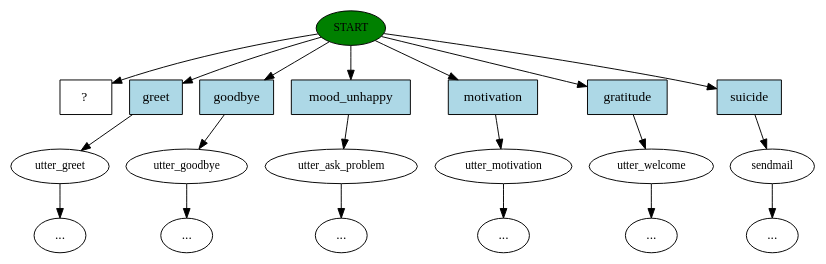
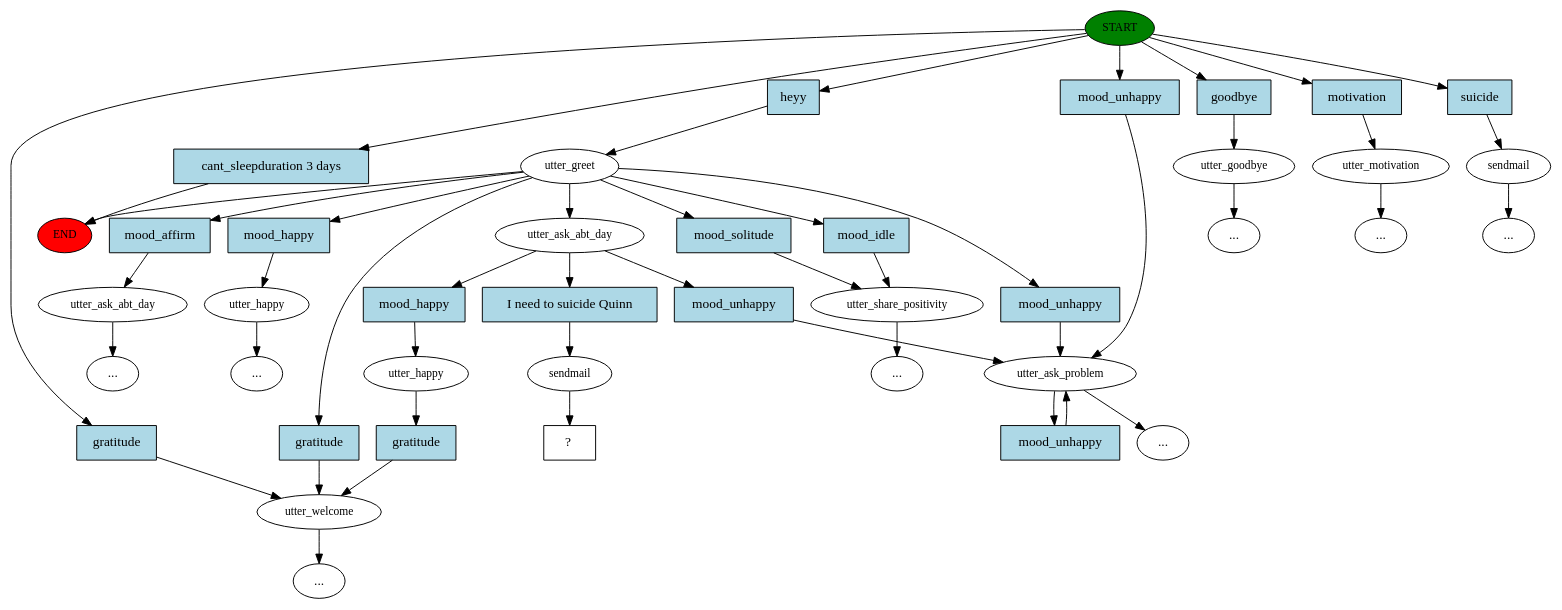
Before and after one commit to SandraAnildas/Quinn_Main_Project_2019: the diagram in story_graph.dot, drawn with Graphviz. The commit also changed 10 other files, not shown here.

```diff
--- a/story_graph.dot
+++ b/story_graph.dot
@@ -1,41 +1,90 @@
 digraph  {
 0 [class="start active", fillcolor=green, fontsize=12, label=START, style=filled];
-1 [class="", fontsize=12, label=utter_greet];
+"-1" [class=end, fillcolor=red, fontsize=12, label=END, style=filled];
+1 [class=active, fontsize=12, label=utter_greet];
 2 [class="", fontsize=12, label=utter_goodbye];
-"-4" [class=ellipsis, label="..."];
+"-3" [class=ellipsis, label="..."];
 3 [class="", fontsize=12, label=utter_ask_problem];
+4 [class="", fontsize=12, label=utter_motivation];
 "-5" [class=ellipsis, label="..."];
-4 [class="", fontsize=12, label=utter_motivation];
-"-6" [class=ellipsis, label="..."];
 5 [class="", fontsize=12, label=utter_welcome];
+6 [class="", fontsize=12, label=sendmail];
 "-7" [class=ellipsis, label="..."];
-6 [class="", fontsize=12, label=sendmail];
+8 [class="", fontsize=12, label=utter_ask_abt_day];
 "-8" [class=ellipsis, label="..."];
+10 [class="", fontsize=12, label=utter_share_positivity];
+14 [class="", fontsize=12, label=utter_happy];
+"-11" [class=ellipsis, label="..."];
+18 [class=active, fontsize=12, label=utter_ask_abt_day];
+19 [class="", fontsize=12, label=utter_happy];
+"-13" [class=ellipsis, label="..."];
+"-14" [class=ellipsis, label="..."];
 "-16" [class=ellipsis, label="..."];
-15 [class="intent dashed active", label="  ?  ", shape=rect];
-16 [class=intent, fillcolor=lightblue, label=greet, shape=rect, style=filled];
-17 [class=intent, fillcolor=lightblue, label=goodbye, shape=rect, style=filled];
-18 [class=intent, fillcolor=lightblue, label=mood_unhappy, shape=rect, style=filled];
-19 [class=intent, fillcolor=lightblue, label=motivation, shape=rect, style=filled];
-20 [class=intent, fillcolor=lightblue, label=gratitude, shape=rect, style=filled];
-21 [class=intent, fillcolor=lightblue, label=suicide, shape=rect, style=filled];
-0 -> 15  [class=active, key=NONE, label=""];
-0 -> 16  [class="", key=0];
-0 -> 17  [class="", key=0];
-0 -> 18  [class="", key=0];
-0 -> 19  [class="", key=0];
-0 -> 20  [class="", key=0];
-0 -> 21  [class="", key=0];
-1 -> "-16"  [class="", key=NONE, label=""];
-2 -> "-4"  [class="", key=NONE, label=""];
-3 -> "-5"  [class="", key=NONE, label=""];
-4 -> "-6"  [class="", key=NONE, label=""];
-5 -> "-7"  [class="", key=NONE, label=""];
-6 -> "-8"  [class="", key=NONE, label=""];
-16 -> 1  [class="", key=0];
-17 -> 2  [class="", key=0];
-18 -> 3  [class="", key=0];
-19 -> 4  [class="", key=0];
-20 -> 5  [class="", key=0];
-21 -> 6  [class="", key=0];
+31 [class=active, fontsize=12, label=sendmail];
+32 [class="intent dashed active", label="  ?  ", shape=rect];
+33 [class="intent active", fillcolor=lightblue, label=heyy, shape=rect, style=filled];
+34 [class=intent, fillcolor=lightblue, label=goodbye, shape=rect, style=filled];
+35 [class=intent, fillcolor=lightblue, label=mood_unhappy, shape=rect, style=filled];
+36 [class=intent, fillcolor=lightblue, label=motivation, shape=rect, style=filled];
+37 [class=intent, fillcolor=lightblue, label=gratitude, shape=rect, style=filled];
+38 [class=intent, fillcolor=lightblue, label=suicide, shape=rect, style=filled];
+39 [class=intent, fillcolor=lightblue, label="cant_sleepduration 3 days", shape=rect, style=filled];
+40 [class=intent, fillcolor=lightblue, label=mood_affirm, shape=rect, style=filled];
+41 [class=intent, fillcolor=lightblue, label=mood_solitude, shape=rect, style=filled];
+42 [class=intent, fillcolor=lightblue, label=mood_idle, shape=rect, style=filled];
+43 [class=intent, fillcolor=lightblue, label=mood_happy, shape=rect, style=filled];
+44 [class=intent, fillcolor=lightblue, label=mood_unhappy, shape=rect, style=filled];
+45 [class=intent, fillcolor=lightblue, label=gratitude, shape=rect, style=filled];
+46 [class=intent, fillcolor=lightblue, label=mood_unhappy, shape=rect, style=filled];
+47 [class=intent, fillcolor=lightblue, label=mood_happy, shape=rect, style=filled];
+48 [class="intent active", fillcolor=lightblue, label="I need to suicide Quinn", shape=rect, style=filled];
+49 [class=intent, fillcolor=lightblue, label=mood_unhappy, shape=rect, style=filled];
+50 [class=intent, fillcolor=lightblue, label=gratitude, shape=rect, style=filled];
+0 -> 33  [class=active, key=0];
+0 -> 34  [class="", key=0];
+0 -> 35  [class="", key=0];
+0 -> 36  [class="", key=0];
+0 -> 37  [class="", key=0];
+0 -> 38  [class="", key=0];
+0 -> 39  [class="", key=0];
+1 -> "-1"  [class="", key=NONE, label=""];
+1 -> 18  [class=active, key=NONE, label=""];
+1 -> 40  [class="", key=0];
+1 -> 41  [class="", key=0];
+1 -> 42  [class="", key=0];
+1 -> 43  [class="", key=0];
+1 -> 44  [class="", key=0];
+1 -> 45  [class="", key=0];
+2 -> "-3"  [class="", key=NONE, label=""];
+3 -> "-16"  [class="", key=NONE, label=""];
+3 -> 46  [class="", key=0];
+4 -> "-5"  [class="", key=NONE, label=""];
+5 -> "-13"  [class="", key=NONE, label=""];
+6 -> "-7"  [class="", key=NONE, label=""];
+8 -> "-8"  [class="", key=NONE, label=""];
+10 -> "-14"  [class="", key=NONE, label=""];
+14 -> "-11"  [class="", key=NONE, label=""];
+18 -> 47  [class="", key=0];
+18 -> 48  [class=active, key=0];
+18 -> 49  [class="", key=0];
+19 -> 50  [class="", key=0];
+31 -> 32  [class=active, key=NONE, label=""];
+33 -> 1  [class=active, key=0];
+34 -> 2  [class="", key=0];
+35 -> 3  [class="", key=0];
+36 -> 4  [class="", key=0];
+37 -> 5  [class="", key=0];
+38 -> 6  [class="", key=0];
+39 -> "-1"  [class="", key=0];
+40 -> 8  [class="", key=0];
+41 -> 10  [class="", key=0];
+42 -> 10  [class="", key=0];
+43 -> 14  [class="", key=0];
+44 -> 3  [class="", key=0];
+45 -> 5  [class="", key=0];
+46 -> 3  [class="", key=0];
+47 -> 19  [class="", key=0];
+48 -> 31  [class=active, key=0];
+49 -> 3  [class="", key=0];
+50 -> 5  [class="", key=0];
 }
```
